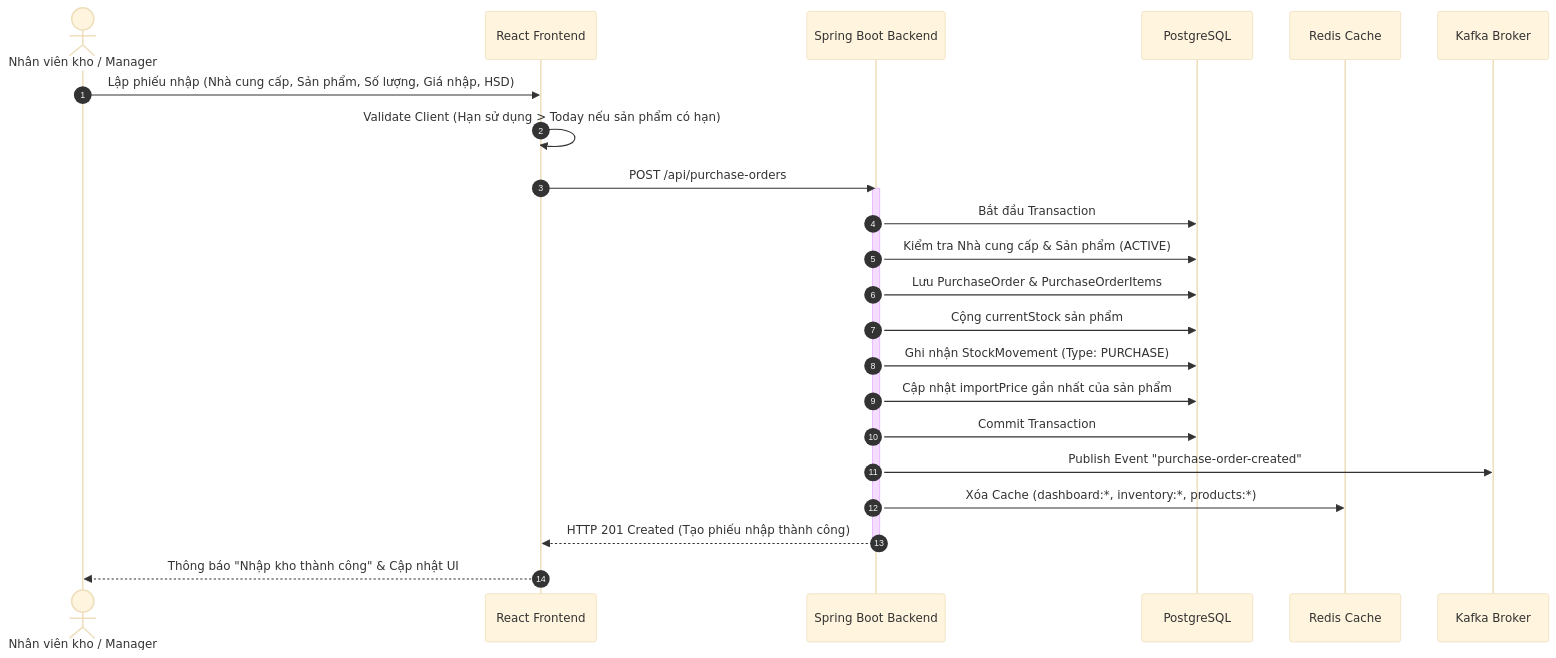
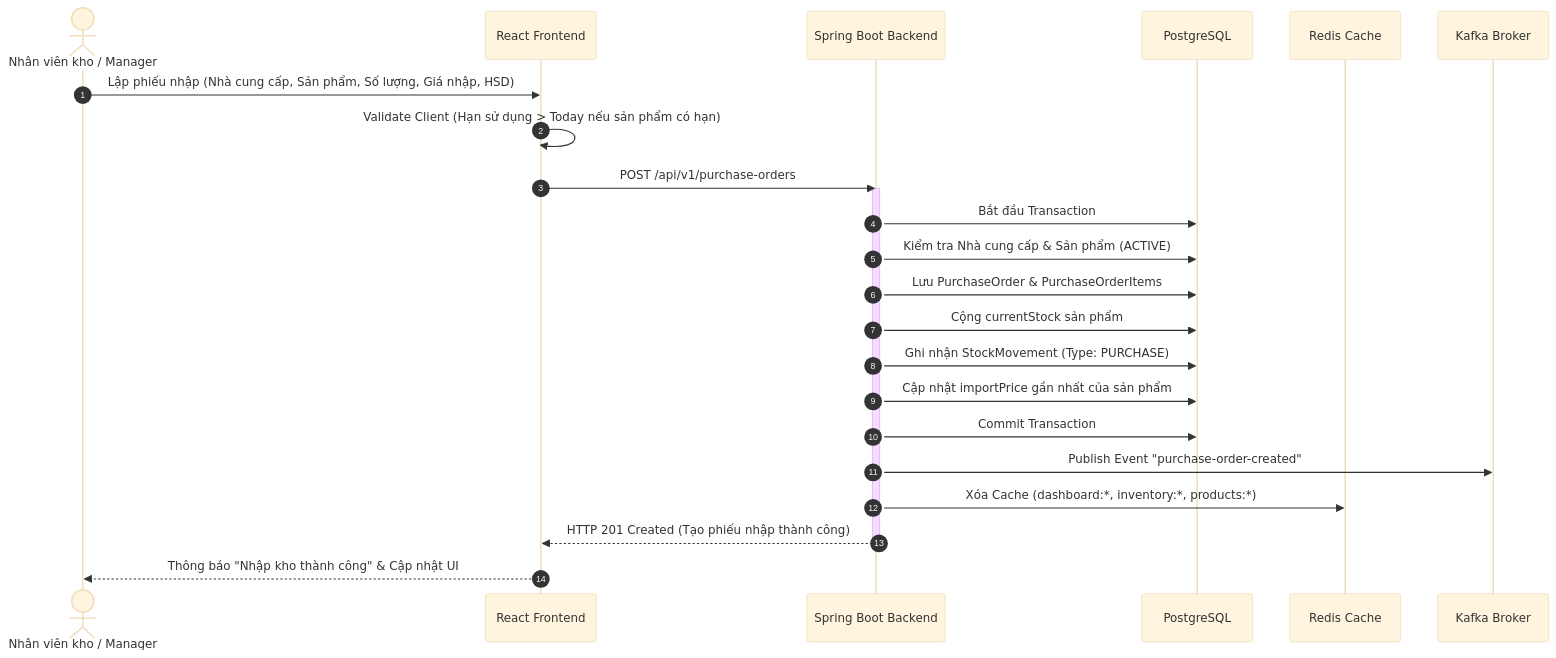
The second of 2 diagrams in docs/02-business-rule.md (datnguyencoder/smartAI), drawn with Mermaid (base theme) before and after one commit. The commit also changed 10 other files, not shown here.

First line of the commit message:
feat: inventory query APIs and business flow blueprint documentation

````diff
--- a/docs/02-business-rule.md
+++ b/docs/02-business-rule.md
@@ -130,29 +130,29 @@
 ```mermaid
 sequenceDiagram
     autonumber
     actor WH as Nhân viên kho / Manager
     participant FE as React Frontend
     participant BE as Spring Boot Backend
     participant DB as PostgreSQL
     participant Redis as Redis Cache
     participant Kafka as Kafka Broker
 
     WH->>FE: Lập phiếu nhập (Nhà cung cấp, Sản phẩm, Số lượng, Giá nhập, HSD)
     FE->>FE: Validate Client (Hạn sử dụng > Today nếu sản phẩm có hạn)
-    FE->>BE: POST /api/purchase-orders
+    FE->>BE: POST /api/v1/purchase-orders
     
     activate BE
     BE->>DB: Bắt đầu Transaction
     BE->>DB: Kiểm tra Nhà cung cấp & Sản phẩm (ACTIVE)
     BE->>DB: Lưu PurchaseOrder & PurchaseOrderItems
     BE->>DB: Cộng currentStock sản phẩm
     BE->>DB: Ghi nhận StockMovement (Type: PURCHASE)
     BE->>DB: Cập nhật importPrice gần nhất của sản phẩm
     BE->>DB: Commit Transaction
     
     BE->>Kafka: Publish Event "purchase-order-created"
     BE->>Redis: Xóa Cache (dashboard:*, inventory:*, products:*)
     BE-->>FE: HTTP 201 Created (Tạo phiếu nhập thành công)
     deactivate BE
     FE-->>WH: Thông báo "Nhập kho thành công" & Cập nhật UI
 ```
````
